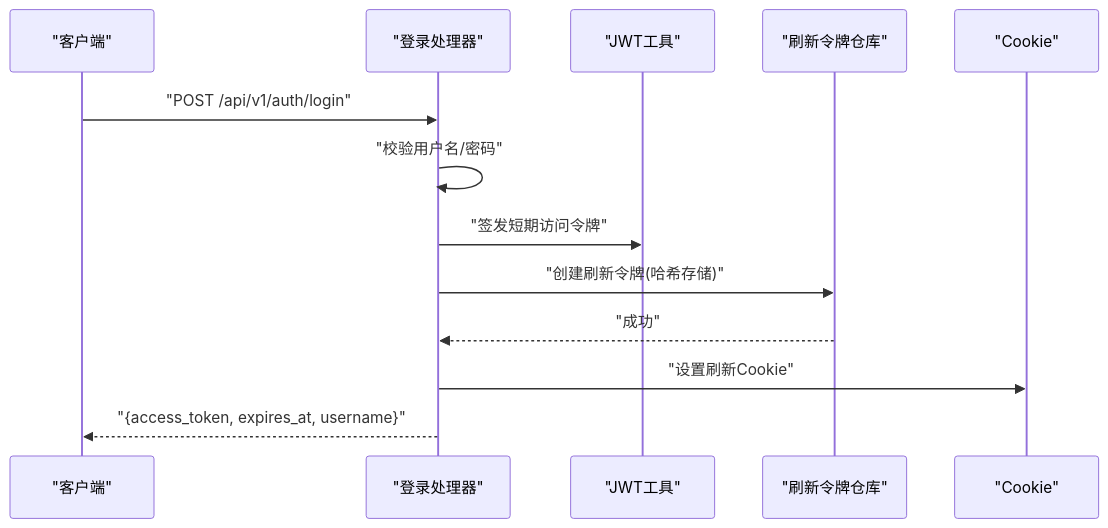
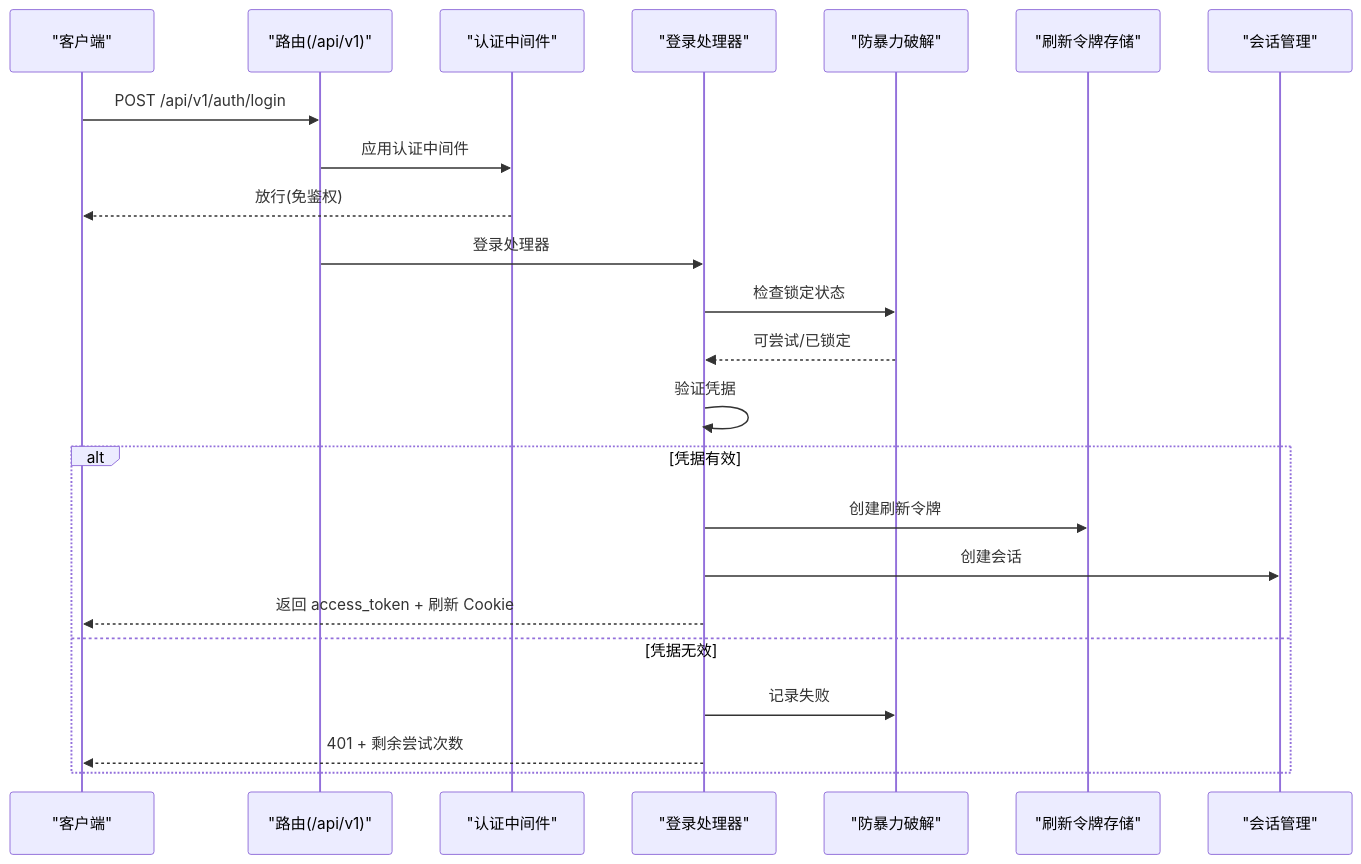
The second of 3 diagrams in docs/管理 API 系统/管理 API 系统.md (x01n/My-OpenWaf), drawn with Mermaid before and after one commit. The commit also changed other lines of this file and 199 other files, not shown here.

````diff
--- a/docs/管理 API 系统/管理 API 系统.md
+++ b/docs/管理 API 系统/管理 API 系统.md
@@ -190,15 +127,25 @@
 ```mermaid
 sequenceDiagram
-participant Client as "客户端"
-participant Login as "登录处理器"
-participant JWT as "JWT工具"
-participant RT as "刷新令牌仓库"
-participant Cookie as "Cookie"
-Client->>Login : "POST /api/v1/auth/login"
-Login->>Login : "校验用户名/密码"
-Login->>JWT : "签发短期访问令牌"
-Login->>RT : "创建刷新令牌(哈希存储)"
-RT-->>Login : "成功"
-Login->>Cookie : "设置刷新Cookie"
-Login-->>Client : "{access_token, expires_at, username}"
+participant C as "客户端"
+participant R as "路由(/api/v1)"
+participant M as "认证中间件"
+participant H as "登录处理器"
+participant BF as "防暴力破解"
+participant RT as "刷新令牌存储"
+participant SM as "会话管理"
+C->>R : POST /api/v1/auth/login
+R->>M : 应用认证中间件
+M-->>C : 放行(免鉴权)
+R->>H : 登录处理器
+H->>BF : 检查锁定状态
+BF-->>H : 可尝试/已锁定
+H->>H : 验证凭据
+alt 凭据有效
+H->>RT : 创建刷新令牌
+H->>SM : 创建会话
+H-->>C : 返回 access_token + 刷新 Cookie
+else 凭据无效
+H->>BF : 记录失败
+H-->>C : 401 + 剩余尝试次数
+end
 ```
````
